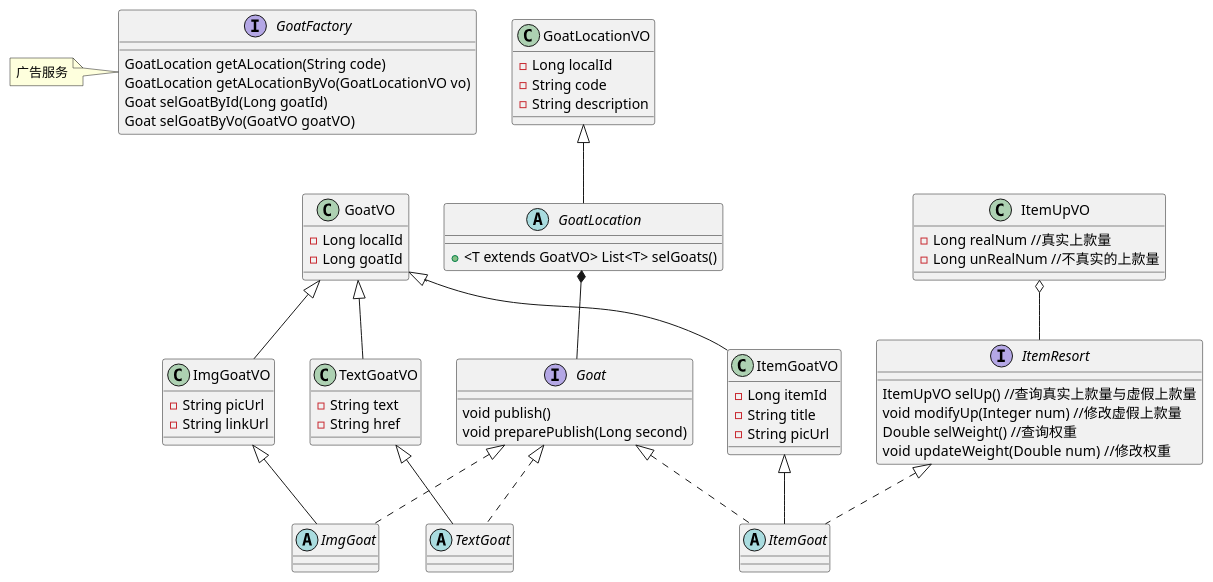
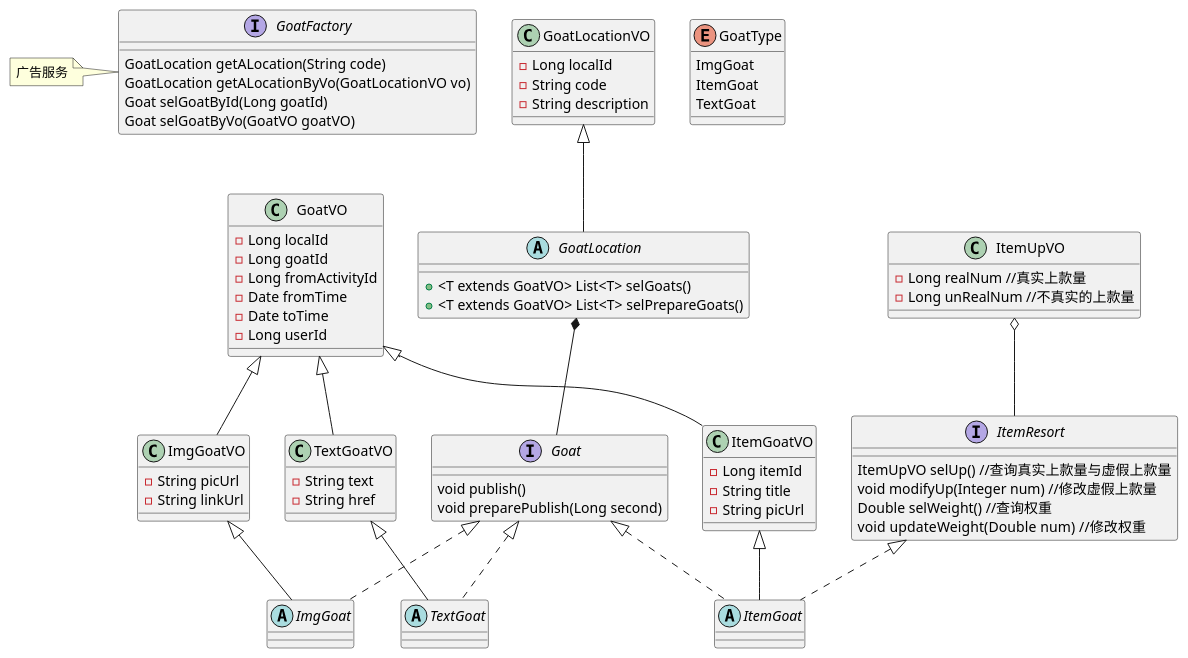
One commit to pogy/main-pom changed the diagram in main4-spread/main4-spread-api/src/main/resources/goat_class.puml. Above: the diagram before and after it, drawn with PlantUML. The commit also changed 7 other files, not shown here.

```diff
--- a/main4-spread/main4-spread-api/src/main/resources/goat_class.puml
+++ b/main4-spread/main4-spread-api/src/main/resources/goat_class.puml
@@ -1,97 +1,108 @@
 @startuml
 
 class GoatLocationVO{
 -Long localId
 -String code
 -String description
 }
 
 abstract class GoatLocation{
 +<T extends GoatVO> List<T> selGoats()
++<T extends GoatVO> List<T> selPrepareGoats()
 }
 
 interface Goat{
 
 void publish()
 void preparePublish(Long second)
 }
 
+enum GoatType{
+ImgGoat
+ItemGoat
+TextGoat
+}
+
 class GoatVO{
 -Long localId
 -Long goatId
+-Long fromActivityId
+-Date fromTime
+-Date toTime
+-Long userId
 }
 
 class ImgGoatVO{
 -String picUrl
 -String linkUrl
 }
 
 class TextGoatVO{
 -String text
 -String href
 }
 
 class ItemUpVO{
 -Long realNum //真实上款量
 -Long unRealNum //不真实的上款量
 }
 
 class ItemGoatVO{
 -Long itemId
 -String title
 -String picUrl
 }
 
 abstract class ImgGoat{
 
 }
 
 abstract class ItemGoat{
 
 }
 
 abstract class TextGoat{
 
 }
 
 interface ItemResort{
 ItemUpVO selUp() //查询真实上款量与虚假上款量
 void modifyUp(Integer num) //修改虚假上款量
 Double selWeight() //查询权重
 void updateWeight(Double num)  //修改权重
 }
 
 GoatLocationVO <|-- GoatLocation
 
 GoatLocation *-- Goat
 
 Goat <|.. ImgGoat
 
 Goat <|.. ItemGoat
 
 Goat <|.. TextGoat
 
 GoatVO <|-- ImgGoatVO
 GoatVO <|-- ItemGoatVO
 GoatVO <|-- TextGoatVO
 
 ImgGoatVO <|-- ImgGoat
 
 ItemGoatVO <|-- ItemGoat
 
 TextGoatVO <|-- TextGoat
 
 ItemResort <|.. ItemGoat
 
 ItemUpVO o-- ItemResort
 
 interface GoatFactory{
 GoatLocation getALocation(String code)
 GoatLocation getALocationByVo(GoatLocationVO vo)
 Goat selGoatById(Long goatId)
 Goat selGoatByVo(GoatVO goatVO)
 }
 
 note left of GoatFactory:广告服务
 
 @enduml
```
